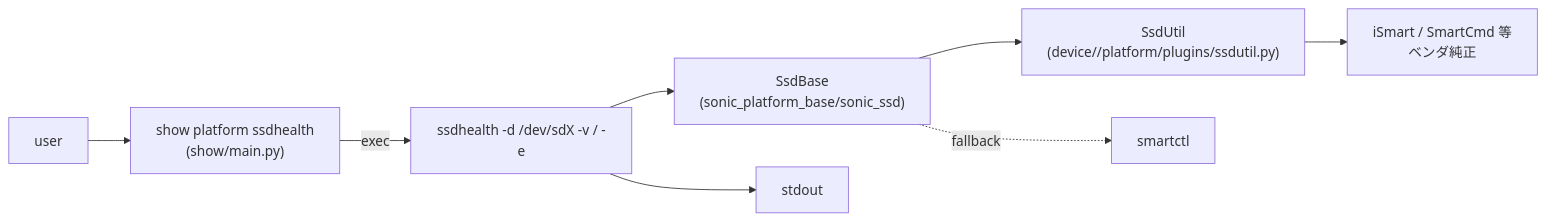
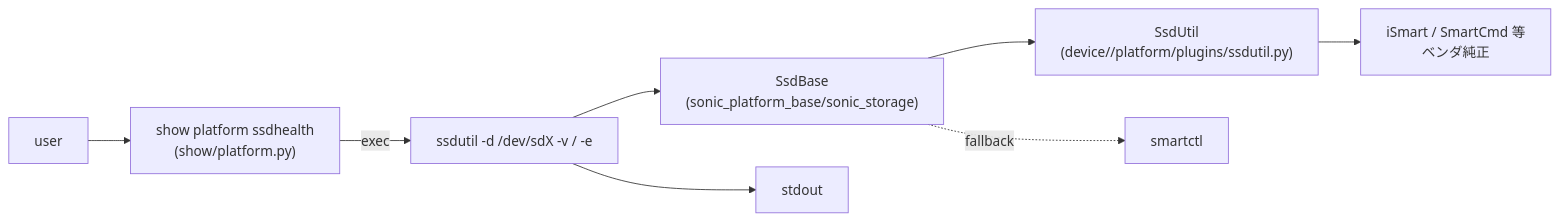
One commit to aoki-taquan/sonic-unofficial-docs changed the first of 2 diagrams in docs/architecture/ssdhealth-design.md. Above: the diagram before and after it, drawn with Mermaid. The commit also changed other lines of this file and 8 other files, not shown here.

````diff
--- a/docs/architecture/ssdhealth-design.md
+++ b/docs/architecture/ssdhealth-design.md
@@ -80,10 +80,10 @@
 ```mermaid
 flowchart LR
-    USER[user] --> SHOW["show platform ssdhealth\n(show/main.py)"]
-    SHOW -->|exec| UTIL["ssdhealth -d /dev/sdX -v / -e"]
-    UTIL --> BASE["SsdBase\n(sonic_platform_base/sonic_ssd)"]
+    USER[user] --> SHOW["show platform ssdhealth\n(show/platform.py)"]
+    SHOW -->|exec| UTIL["ssdutil -d /dev/sdX -v / -e"]
+    UTIL --> BASE["SsdBase\n(sonic_platform_base/sonic_storage)"]
     BASE --> VENDOR["SsdUtil\n(device/<vendor>/platform/plugins/ssdutil.py)"]
     BASE -.fallback.-> SCTL[smartctl]
     VENDOR --> ISMART["iSmart / SmartCmd 等\nベンダ純正"]
     UTIL --> OUT[stdout]
 ```
````
